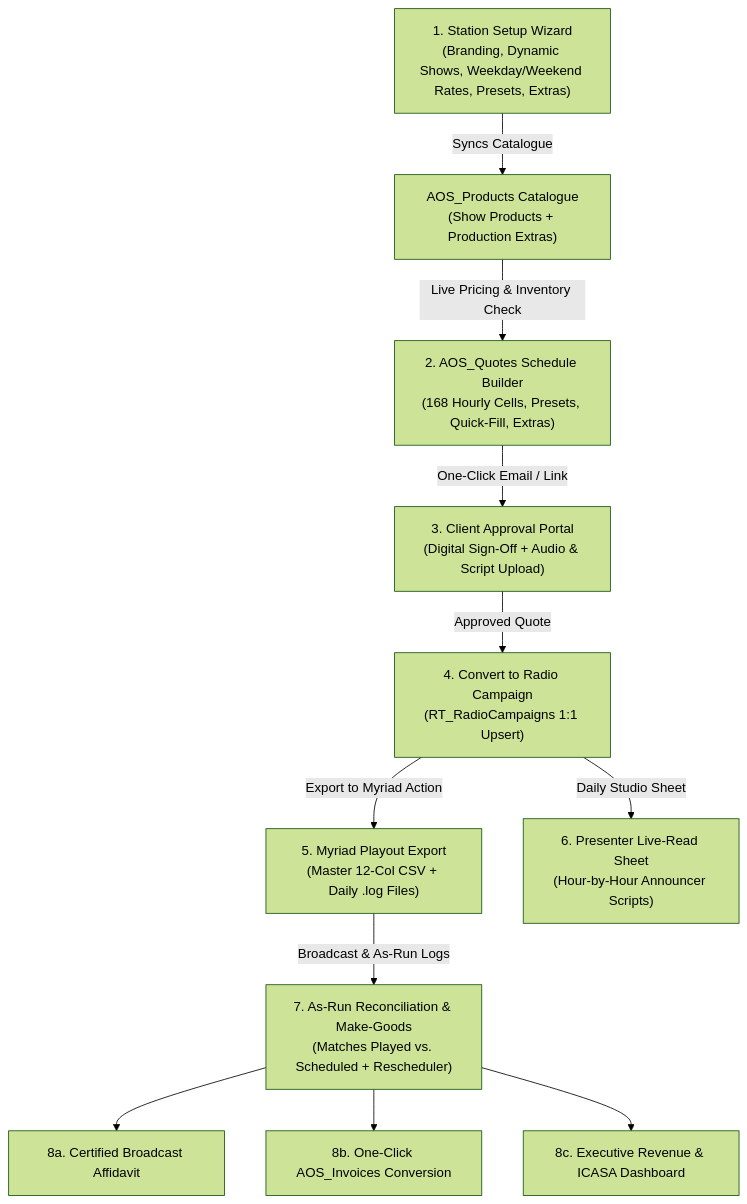
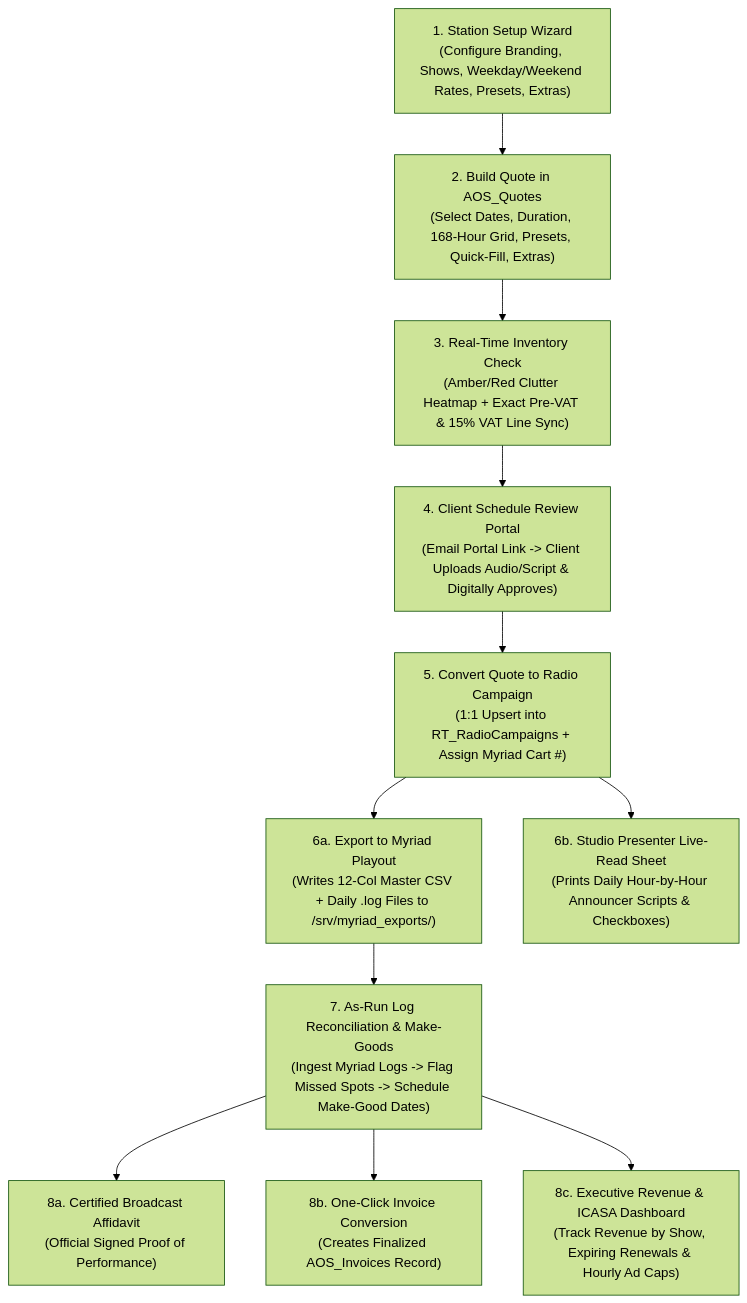
The diagram in docs/CRMSuite_Full_Documentation.md (userxan/Radio-suitecrm), drawn with Mermaid (forest theme) before and after one commit. The commit also changed other lines of this file and 4 other files, not shown here.

````diff
--- a/docs/CRMSuite_Full_Documentation.md
+++ b/docs/CRMSuite_Full_Documentation.md
@@ -56,13 +135,13 @@
 ```mermaid
 flowchart TD
-    WIZ["1. Station Setup Wizard\n(Branding, Dynamic Shows, Weekday/Weekend Rates, Presets, Extras)"] -->|Syncs Catalogue| CAT["AOS_Products Catalogue\n(Show Products + Production Extras)"]
-    CAT -->|Live Pricing & Inventory Check| QUOTE["2. AOS_Quotes Schedule Builder\n(168 Hourly Cells, Presets, Quick-Fill, Extras)"]
-    QUOTE -->|One-Click Email / Link| PORTAL["3. Client Approval Portal\n(Digital Sign-Off + Audio & Script Upload)"]
-    PORTAL -->|Approved Quote| CONV["4. Convert to Radio Campaign\n(RT_RadioCampaigns 1:1 Upsert)"]
-    CONV -->|Export to Myriad Action| MYRIAD["5. Myriad Playout Export\n(Master 12-Col CSV + Daily .log Files)"]
-    CONV -->|Daily Studio Sheet| LIVEREAD["6. Presenter Live-Read Sheet\n(Hour-by-Hour Announcer Scripts)"]
-    MYRIAD -->|Broadcast & As-Run Logs| RECON["7. As-Run Reconciliation & Make-Goods\n(Matches Played vs. Scheduled + Rescheduler)"]
-    RECON --> AFF["8a. Certified Broadcast Affidavit"]
-    RECON --> INV["8b. One-Click AOS_Invoices Conversion"]
-    RECON --> DASH["8c. Executive Revenue & ICASA Dashboard"]
+    A["1. Station Setup Wizard\n(Configure Branding, Shows, Weekday/Weekend Rates, Presets, Extras)"] --> B["2. Build Quote in AOS_Quotes\n(Select Dates, Duration, 168-Hour Grid, Presets, Quick-Fill, Extras)"]
+    B --> C["3. Real-Time Inventory Check\n(Amber/Red Clutter Heatmap + Exact Pre-VAT & 15% VAT Line Sync)"]
+    C --> D["4. Client Schedule Review Portal\n(Email Portal Link -> Client Uploads Audio/Script & Digitally Approves)"]
+    D --> E["5. Convert Quote to Radio Campaign\n(1:1 Upsert into RT_RadioCampaigns + Assign Myriad Cart #)"]
+    E --> F["6a. Export to Myriad Playout\n(Writes 12-Col Master CSV + Daily .log Files to /srv/myriad_exports/)"]
+    E --> G["6b. Studio Presenter Live-Read Sheet\n(Prints Daily Hour-by-Hour Announcer Scripts & Checkboxes)"]
+    F --> H["7. As-Run Log Reconciliation & Make-Goods\n(Ingest Myriad Logs -> Flag Missed Spots -> Schedule Make-Good Dates)"]
+    H --> I["8a. Certified Broadcast Affidavit\n(Official Signed Proof of Performance)"]
+    H --> J["8b. One-Click Invoice Conversion\n(Creates Finalized AOS_Invoices Record)"]
+    H --> K["8c. Executive Revenue & ICASA Dashboard\n(Track Revenue by Show, Expiring Renewals & Hourly Ad Caps)"]
 ```
````
